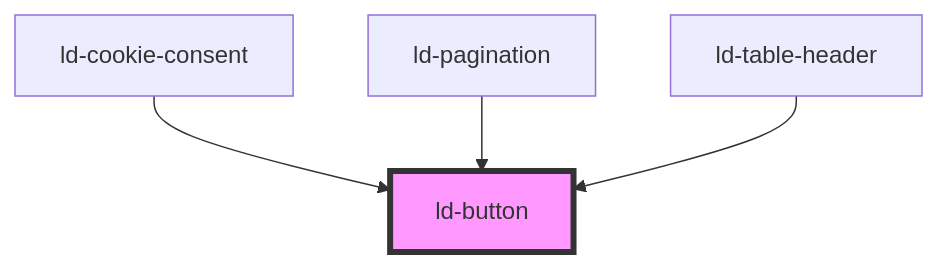
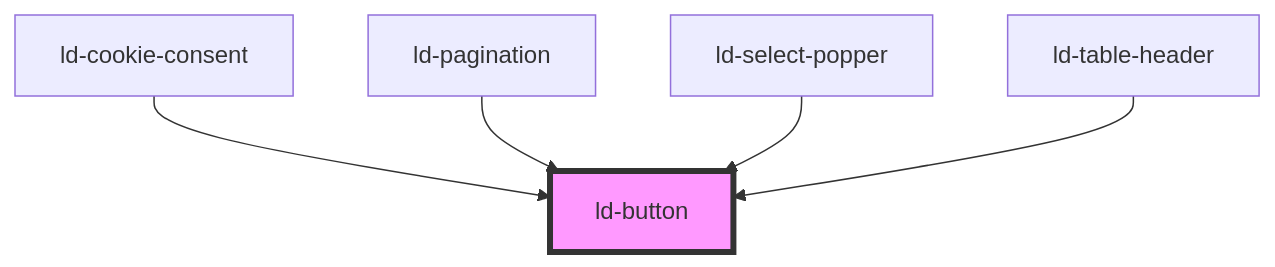
Before and after one commit to emdgroup-liquid/liquid: the diagram in src/liquid/components/ld-button/readme.md, drawn with Mermaid. The commit also changed other lines of this file and 14 other files, not shown here.

````diff
--- a/src/liquid/components/ld-button/readme.md
+++ b/src/liquid/components/ld-button/readme.md
@@ -674,7 +675,8 @@
 ```mermaid
 graph TD;
   ld-cookie-consent --> ld-button
   ld-pagination --> ld-button
+  ld-select-popper --> ld-button
   ld-table-header --> ld-button
   style ld-button fill:#f9f,stroke:#333,stroke-width:4px
 ```
````
